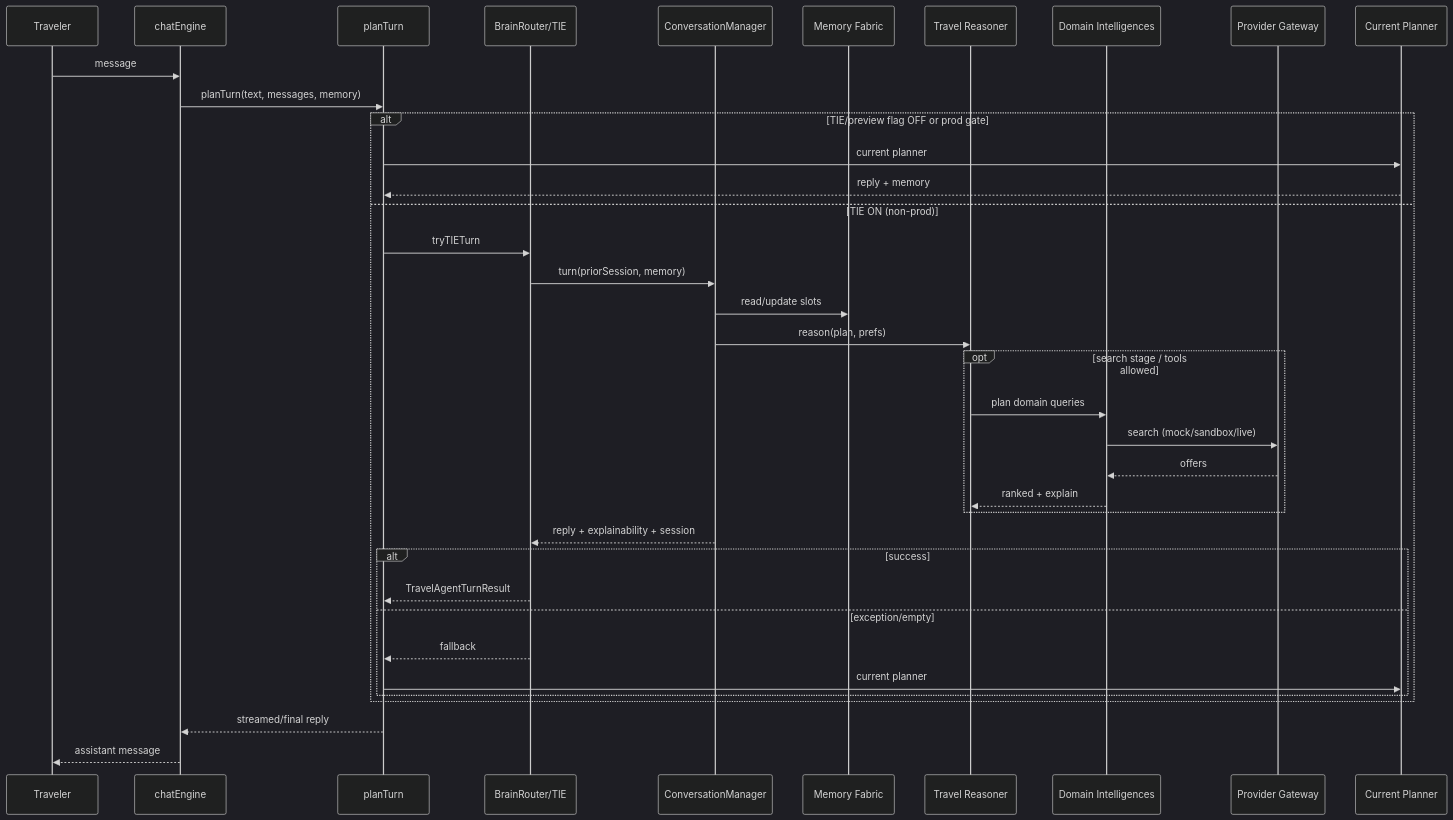
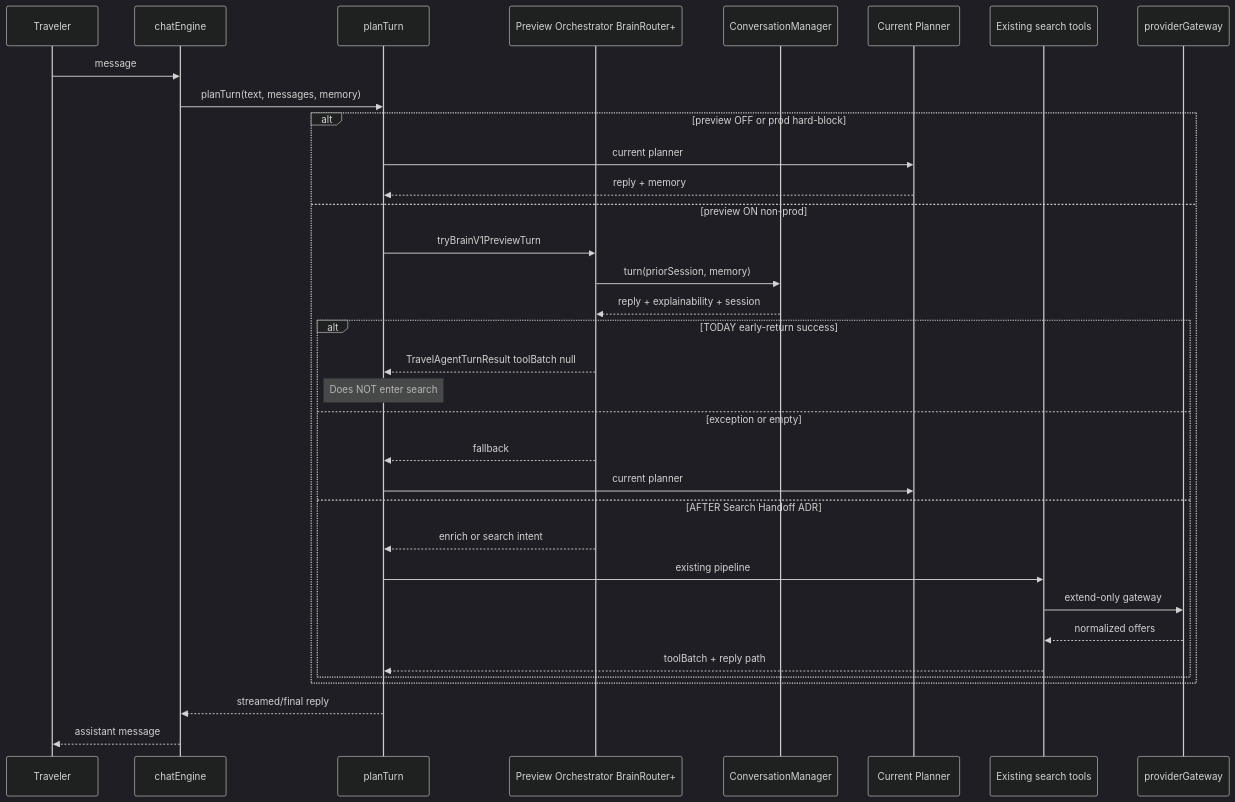
One commit to SamiAlamoudi/rahhal-ai-platform changed the first of 6 diagrams in docs/ARCHITECTURE_TRAVEL_INTELLIGENCE_ENGINE_SPRINT88-95.md. Above: the diagram before and after it, drawn with Mermaid (dark theme). The commit also changed other lines of this file, not shown here.

First line of the commit message:
docs: revise TIE architecture ADD per review required changes

````diff
--- a/docs/ARCHITECTURE_TRAVEL_INTELLIGENCE_ENGINE_SPRINT88-95.md
+++ b/docs/ARCHITECTURE_TRAVEL_INTELLIGENCE_ENGINE_SPRINT88-95.md
@@ -121,40 +181,37 @@
 ```mermaid
 sequenceDiagram
   participant U as Traveler
   participant CE as chatEngine
   participant PT as planTurn
-  participant BR as BrainRouter/TIE
+  participant BR as Preview Orchestrator BrainRouter+
   participant CM as ConversationManager
-  participant MEM as Memory Fabric
-  participant RE as Travel Reasoner
-  participant DI as Domain Intelligences
-  participant PG as Provider Gateway
   participant CP as Current Planner
+  participant Tools as Existing search tools
+  participant GW as providerGateway
 
   U->>CE: message
   CE->>PT: planTurn(text, messages, memory)
-  alt TIE/preview flag OFF or prod gate
+  alt preview OFF or prod hard-block
     PT->>CP: current planner
     CP-->>PT: reply + memory
-  else TIE ON (non-prod)
-    PT->>BR: tryTIETurn
+  else preview ON non-prod
+    PT->>BR: tryBrainV1PreviewTurn
     BR->>CM: turn(priorSession, memory)
-    CM->>MEM: read/update slots
-    CM->>RE: reason(plan, prefs)
-    opt search stage / tools allowed
-      RE->>DI: plan domain queries
-      DI->>PG: search (mock/sandbox/live)
-      PG-->>DI: offers
-      DI-->>RE: ranked + explain
-    end
     CM-->>BR: reply + explainability + session
-    alt success
-      BR-->>PT: TravelAgentTurnResult
-    else exception/empty
+    alt TODAY early-return success
+      BR-->>PT: TravelAgentTurnResult toolBatch null
+      Note over PT: Does NOT enter search
+    else exception or empty
       BR-->>PT: fallback
       PT->>CP: current planner
+    else AFTER Search Handoff ADR
+      BR-->>PT: enrich or search intent
+      PT->>Tools: existing pipeline
+      Tools->>GW: extend-only gateway
+      GW-->>Tools: normalized offers
+      Tools-->>PT: toolBatch + reply path
     end
   end
   PT-->>CE: streamed/final reply
   CE-->>U: assistant message
 ```
````
